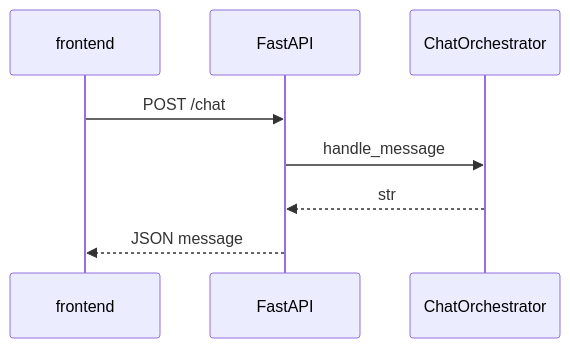
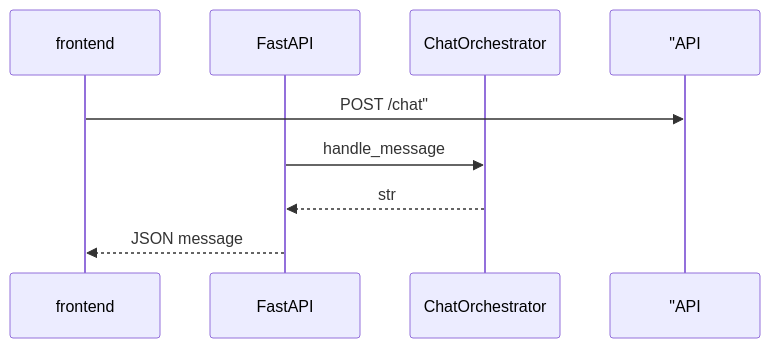
One commit to ab6539763/70_days_course_plus changed the second of 2 diagrams in course/day21/22_ChatOrchestrator深度讲义.md. Above: the diagram before and after it, drawn with Mermaid. The commit also changed 134 other files, not shown here.

````diff
--- a/course/day21/22_ChatOrchestrator深度讲义.md
+++ b/course/day21/22_ChatOrchestrator深度讲义.md
@@ -140,11 +140,11 @@
 ```mermaid
 sequenceDiagram
     participant FE as frontend
     participant API as FastAPI
     participant O as ChatOrchestrator
 
-    FE->>API: POST /chat
+    FE->> "API: POST /chat"
     API->>O: handle_message
     O-->>API: str
     API-->>FE: JSON message
 ```
````
